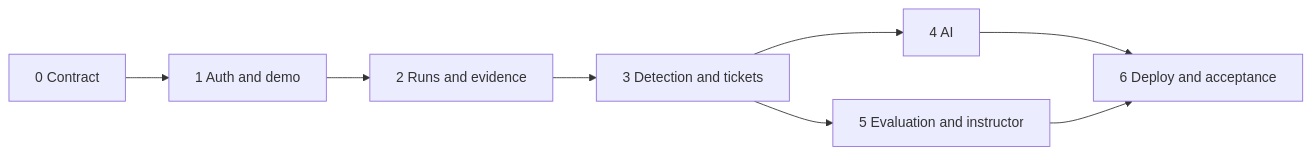
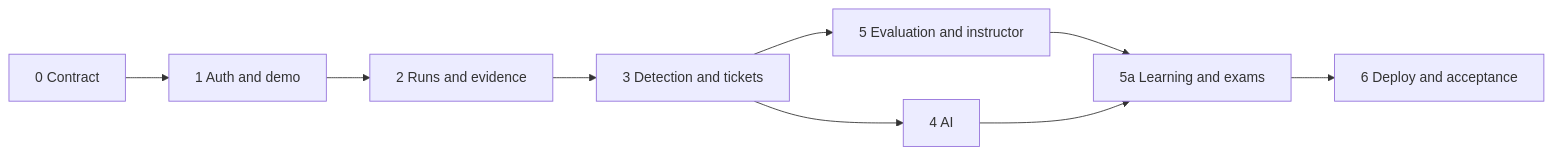
Before and after one commit to IMLV1/SOC: the diagram in docs/development-plan.md, drawn with Mermaid. The commit also changed other lines of this file and 17 other files, not shown here.

Commit message:
Add guided SOC learning path and promotion exams

````diff
--- a/docs/development-plan.md
+++ b/docs/development-plan.md
@@ -33,10 +34,11 @@
 ```mermaid
 flowchart LR
     P0[0 Contract] --> P1[1 Auth and demo]
     P1 --> P2[2 Runs and evidence]
     P2 --> P3[3 Detection and tickets]
     P3 --> P4[4 AI]
     P3 --> P5[5 Evaluation and instructor]
-    P4 --> P6[6 Deploy and acceptance]
-    P5 --> P6
+    P5 --> P5A[5a Learning and exams]
+    P4 --> P5A
+    P5A --> P6[6 Deploy and acceptance]
 ```
````
